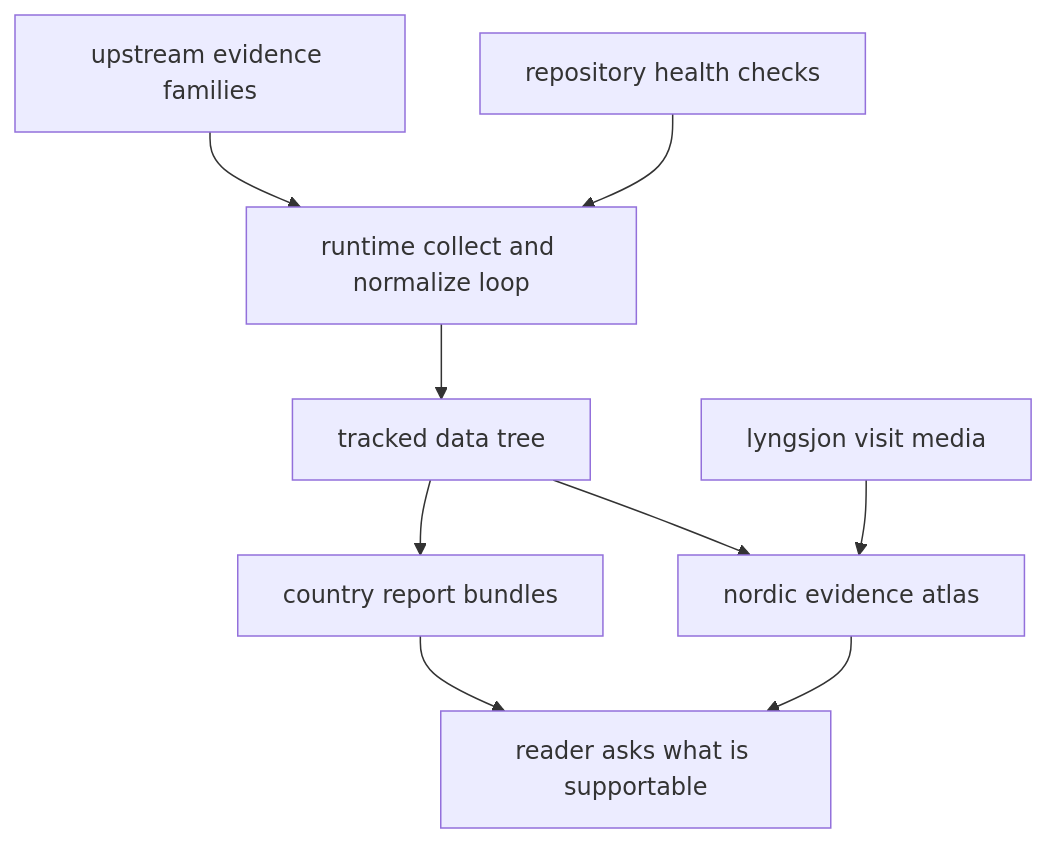
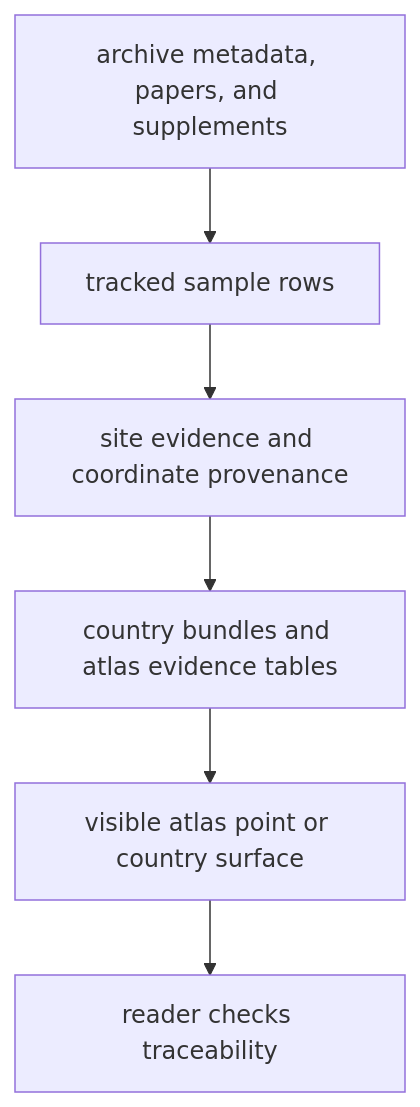
Before and after one commit to bijux/bijux-pollenomics: the diagram in docs/index.md, drawn with Mermaid. The commit also changed other lines of this file, not shown here.

Commit message:
docs(home): rewrite the reader-facing landing page

````diff
--- a/docs/index.md
+++ b/docs/index.md
@@ -75,20 +56,15 @@
 ```mermaid
 flowchart TB
-    sources["upstream evidence families"]
-    runtime["runtime collect and normalize loop"]
-    tree["tracked data tree"]
-    reports["country report bundles"]
-    atlas["nordic evidence atlas"]
-    fieldwork["lyngsjon visit media"]
-    maintainers["repository health checks"]
-    reader["reader asks what is supportable"]
+    archive["archive metadata, papers, and supplements"]
+    samples["tracked sample rows"]
+    sites["site evidence and coordinate provenance"]
+    reports["country bundles and atlas evidence tables"]
+    atlas["visible atlas point or country surface"]
+    review["reader checks traceability"]
 
-    sources --> runtime
-    runtime --> tree
-    tree --> reports
-    tree --> atlas
-    fieldwork --> atlas
-    maintainers --> runtime
-    reports --> reader
-    atlas --> reader
+    archive --> samples
+    samples --> sites
+    sites --> reports
+    reports --> atlas
+    atlas --> review
 ```
````
